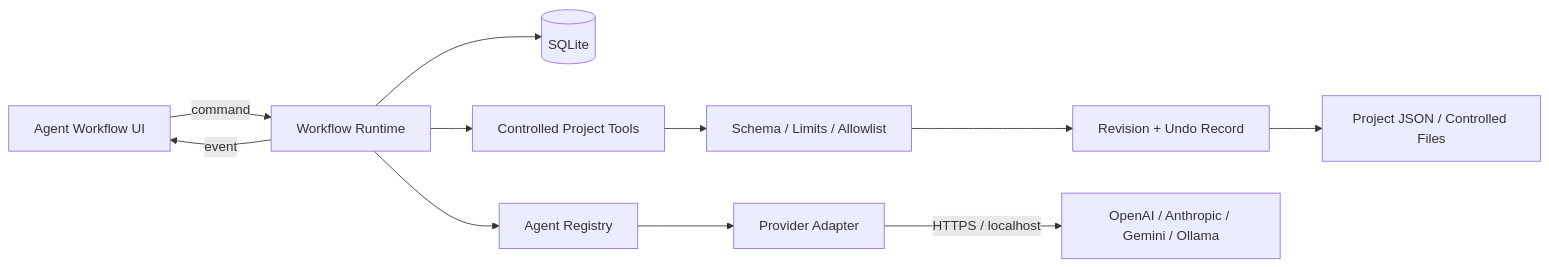
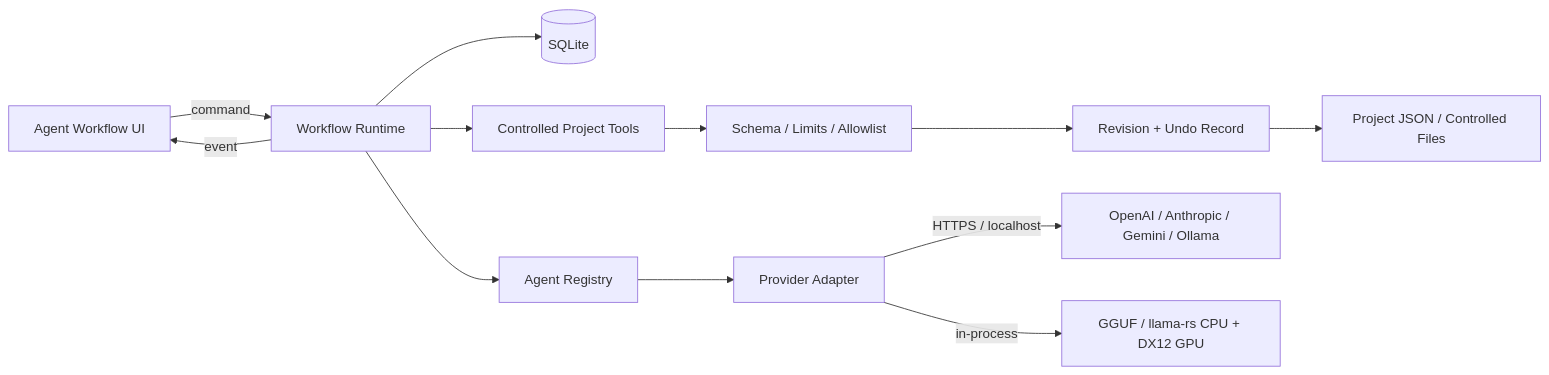
Before and after one commit to hadesgo/KnowMotion-AI-Studio: the first of 2 diagrams in docs/AGENT_WORKFLOW.md, drawn with Mermaid. The commit also changed other lines of this file and 22 other files, not shown here.

````diff
--- a/docs/AGENT_WORKFLOW.md
+++ b/docs/AGENT_WORKFLOW.md
@@ -7,13 +7,14 @@
 ```mermaid
 flowchart LR
     UI[Agent Workflow UI] -->|"command"| Runtime[Workflow Runtime]
     Runtime --> DB[(SQLite)]
     Runtime --> Registry[Agent Registry]
     Registry --> Provider[Provider Adapter]
     Runtime --> Tools[Controlled Project Tools]
     Tools --> Validation[Schema / Limits / Allowlist]
     Validation --> Revision[Revision + Undo Record]
     Revision --> FS[Project JSON / Controlled Files]
     Runtime -->|"event"| UI
     Provider -->|"HTTPS / localhost"| LLM[OpenAI / Anthropic / Gemini / Ollama]
+    Provider -->|"in-process"| GGUF[GGUF / llama-rs CPU + DX12 GPU]
 ```
````
